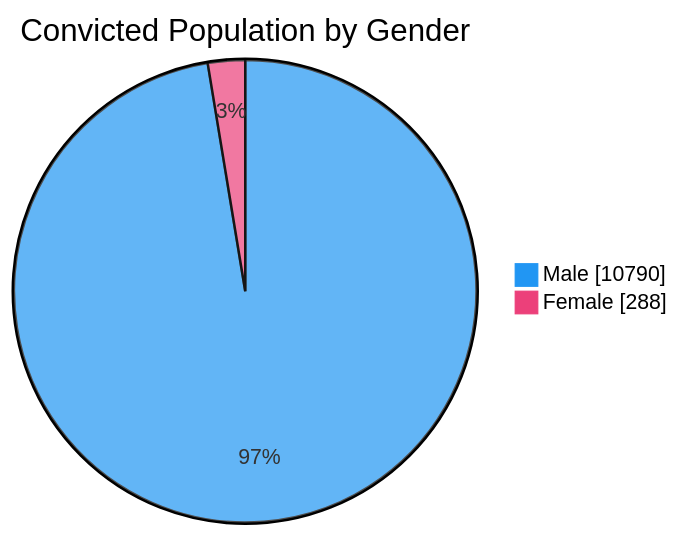
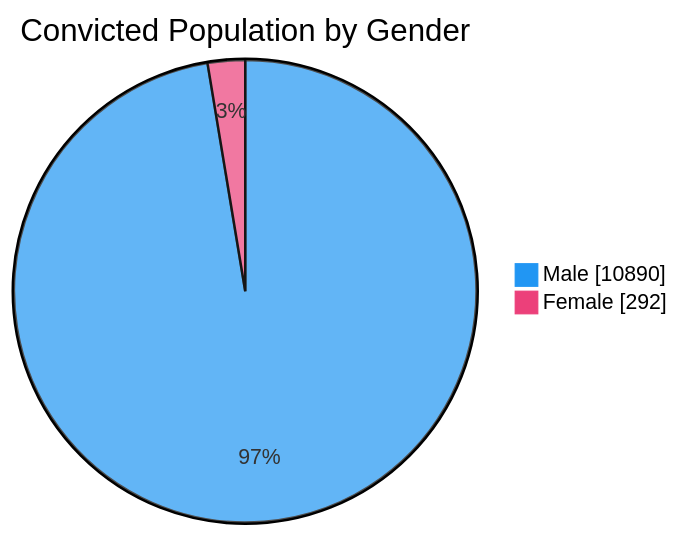
Before and after one commit to nuuuwan/lk_prisons: the third of 7 diagrams in README.md, drawn with Mermaid. The commit also changed other lines of this file and 1 other file, not shown here.

````diff
--- a/README.md
+++ b/README.md
@@ -65,6 +65,6 @@
 ```mermaid
 %%{init: {'themeVariables': {'pie1': '#2196F3', 'pie2': '#EC407A'}}}%%
 pie showData title Convicted Population by Gender
-    "Male" : 10790
-    "Female" : 288
+    "Male" : 10890
+    "Female" : 292
 ```
````
